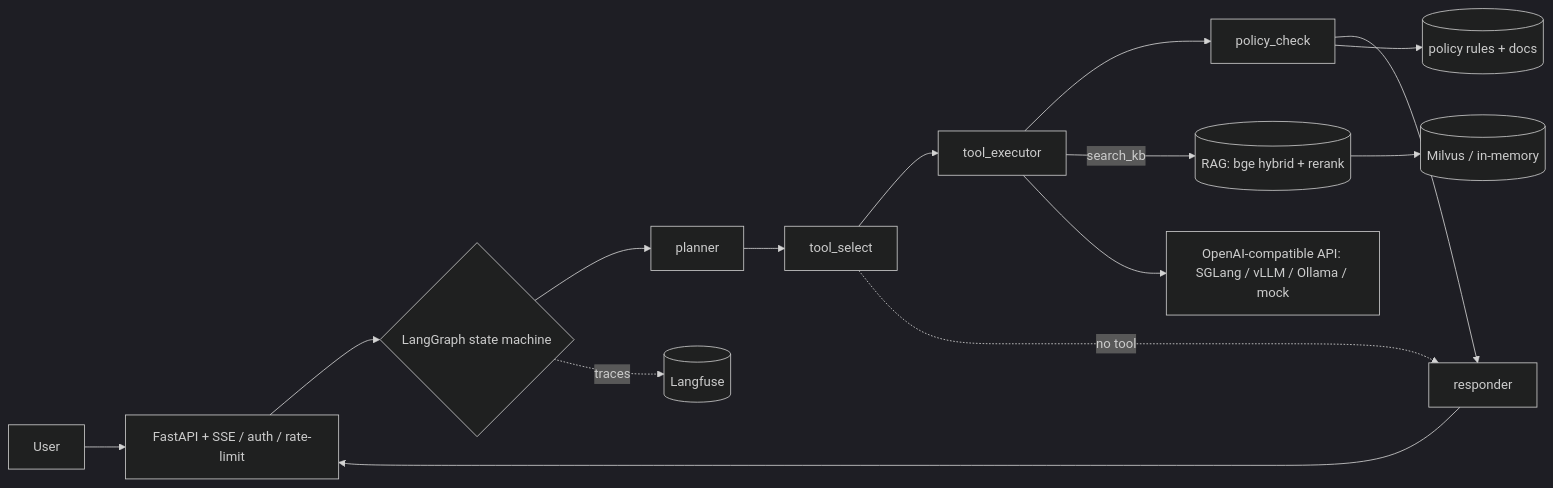
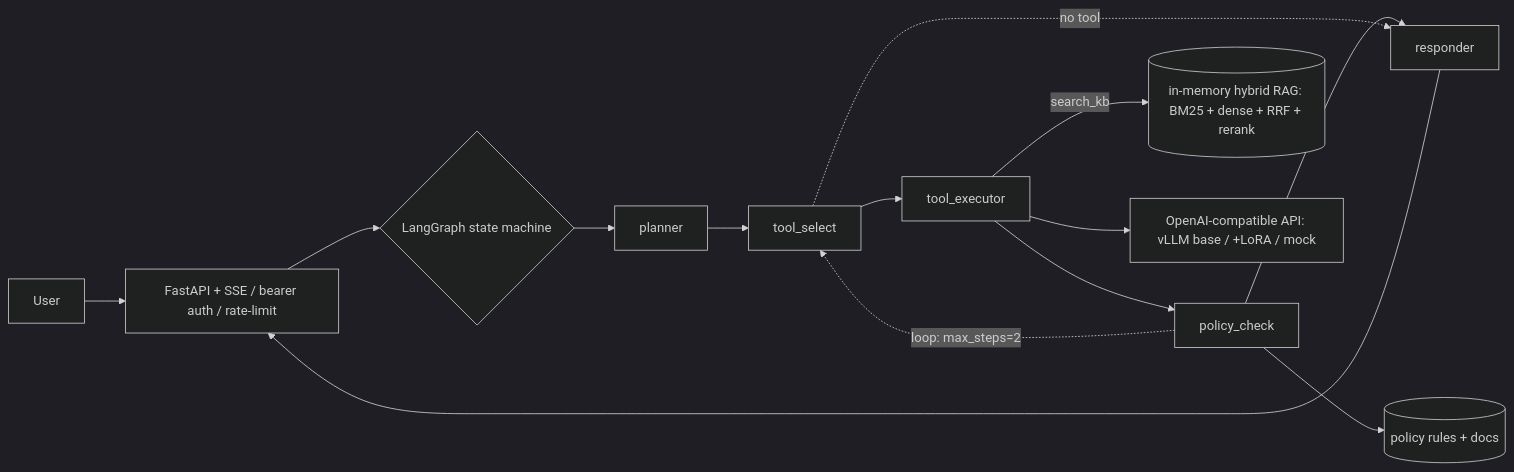
One commit to IntheFesh/project1 changed the diagram in README.md. Above: the diagram before and after it, drawn with Mermaid (dark theme). The commit also changed other lines of this file, not shown here.

First line of the commit message:
Phase B: rewrite README — results-first, vLLM/cu130-accurate, honest

````diff
--- a/README.md
+++ b/README.md
@@ -50,13 +70,12 @@
 ```mermaid
 flowchart LR
-  U[User] --> API[FastAPI + SSE / auth / rate-limit]
+  U[User] --> API[FastAPI + SSE / bearer auth / rate-limit]
   API --> G{LangGraph state machine}
   G --> P[planner] --> TS[tool_select] --> TE[tool_executor] --> PC[policy_check] --> R[responder]
+  PC -. loop: max_steps=2 .-> TS
   TS -. no tool .-> R
-  TE -- search_kb --> RAG[(RAG: bge hybrid + rerank)]
-  RAG --> MV[(Milvus / in-memory)]
-  TE --> LLM[OpenAI-compatible API: SGLang / vLLM / Ollama / mock]
+  TE -- search_kb --> RAG[(in-memory hybrid RAG: BM25 + dense + RRF + rerank)]
+  TE --> LLM[OpenAI-compatible API: vLLM base / +LoRA / mock]
   PC --> POL[(policy rules + docs)]
   R --> API
-  G -. traces .-> LF[(Langfuse)]
 ```
````
